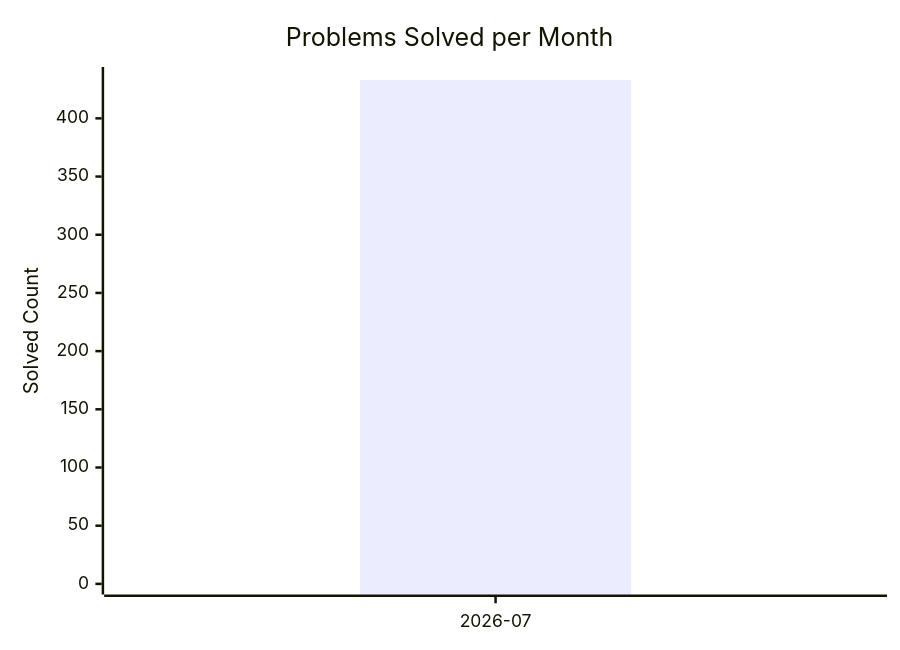
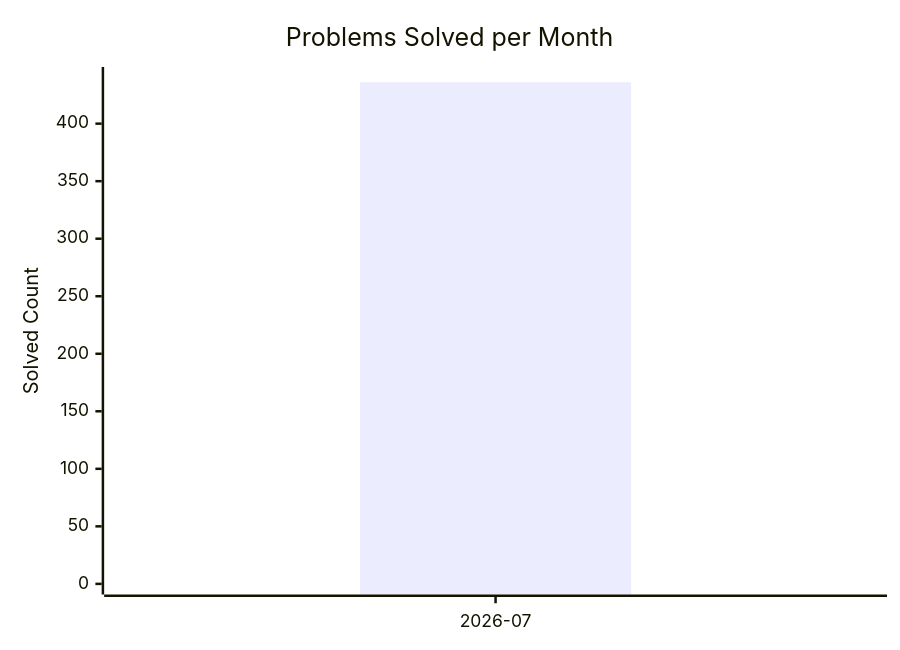
One commit to AdityaPandey-DEV/CP-Progress-Sync changed the diagram in dashboard.md. Above: the diagram before and after it, drawn with Mermaid. The commit also changed other lines of this file, not shown here.

Commit message:
Auto-update CP dashboard [skip ci]

````diff
--- a/dashboard.md
+++ b/dashboard.md
@@ -8,8 +8,8 @@
 ```mermaid
 xychart-beta
     title "Problems Solved per Month"
     x-axis ["2026-07"]
-    y-axis "Solved Count" 0 --> 435
-    bar [433]
-    line [433]
+    y-axis "Solved Count" 0 --> 440
+    bar [436]
+    line [436]
 ```
````
